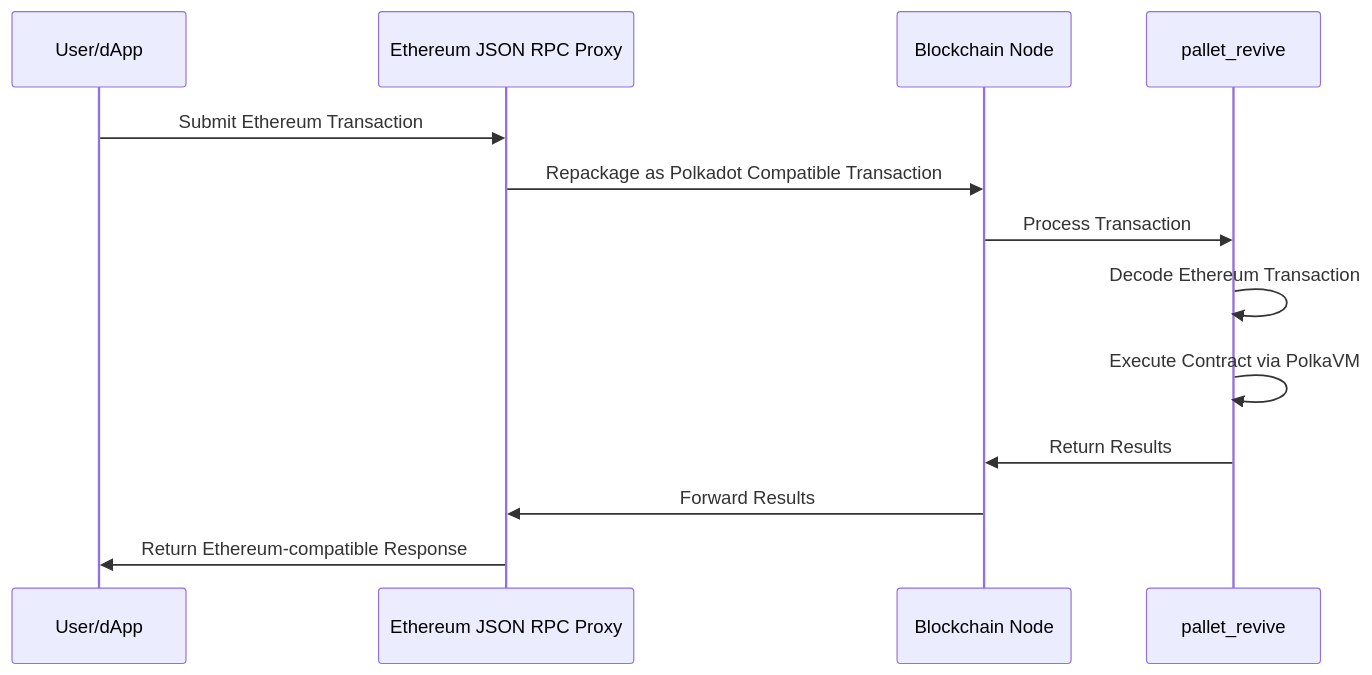
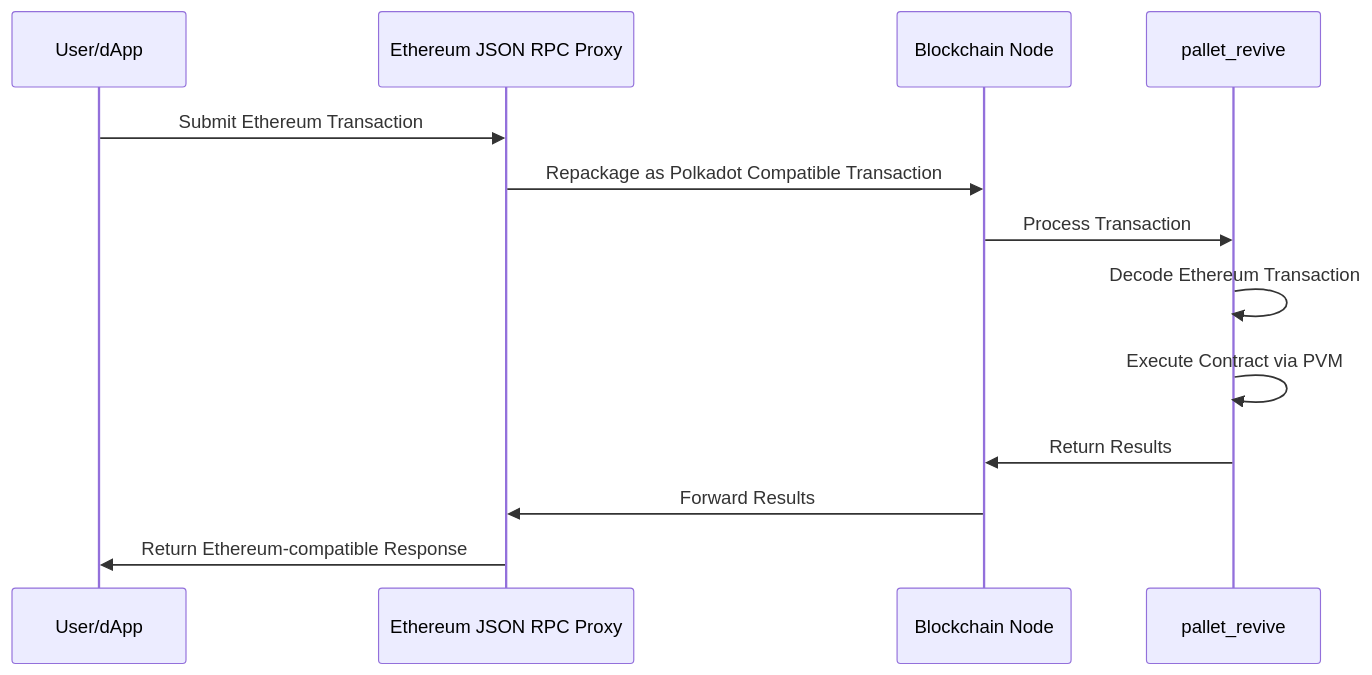
One commit to polkadot-developers/polkadot-docs changed the diagram in .ai/categories/basics.md. Above: the diagram before and after it, drawn with Mermaid. The commit also changed other lines of this file and 34 other files, not shown here.

First line of the commit message:
Rename PolkaVM to PVM across documentation

````diff
--- a/.ai/categories/basics.md
+++ b/.ai/categories/basics.md
@@ -1028,16 +1028,16 @@
 ```mermaid
 sequenceDiagram
     participant User as User/dApp
     participant Proxy as Ethereum JSON RPC Proxy
     participant Chain as Blockchain Node
     participant Pallet as pallet_revive
     
     User->>Proxy: Submit Ethereum Transaction
     Proxy->>Chain: Repackage as Polkadot Compatible Transaction
     Chain->>Pallet: Process Transaction
     Pallet->>Pallet: Decode Ethereum Transaction
-    Pallet->>Pallet: Execute Contract via PolkaVM
+    Pallet->>Pallet: Execute Contract via PVM
     Pallet->>Chain: Return Results
     Chain->>Proxy: Forward Results
     Proxy->>User: Return Ethereum-compatible Response
 ```
````
